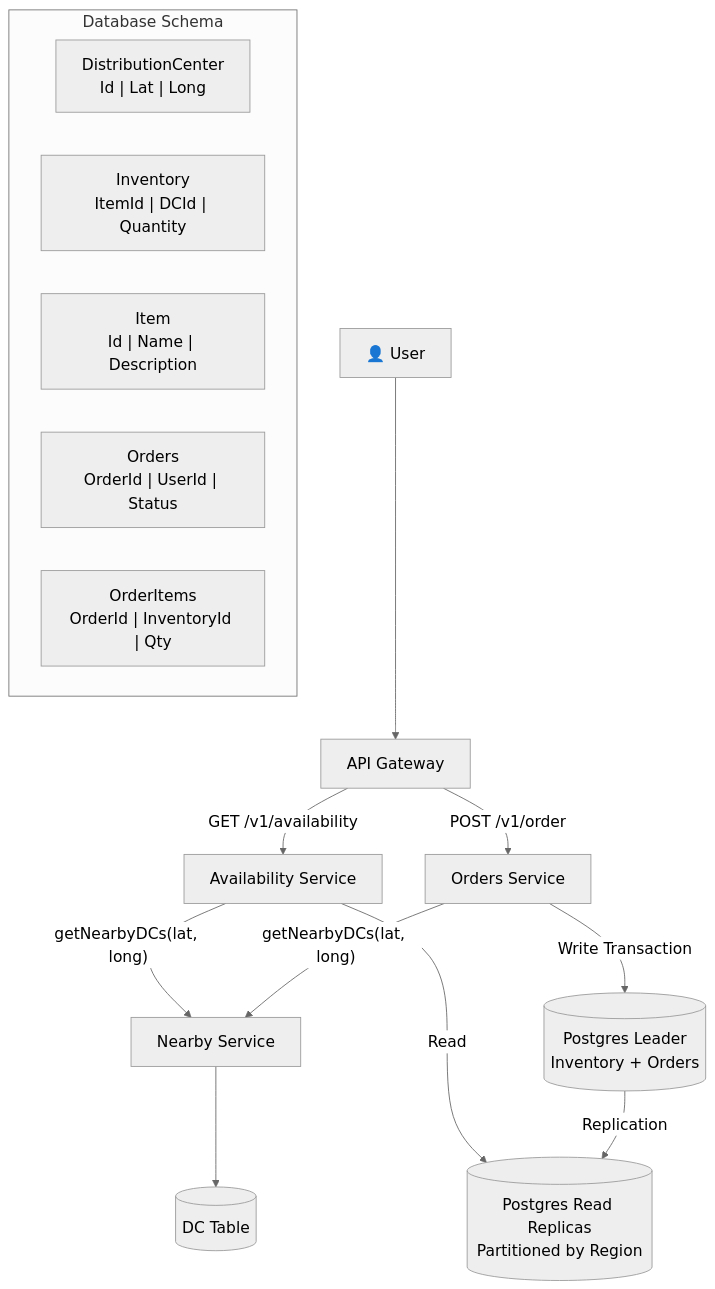
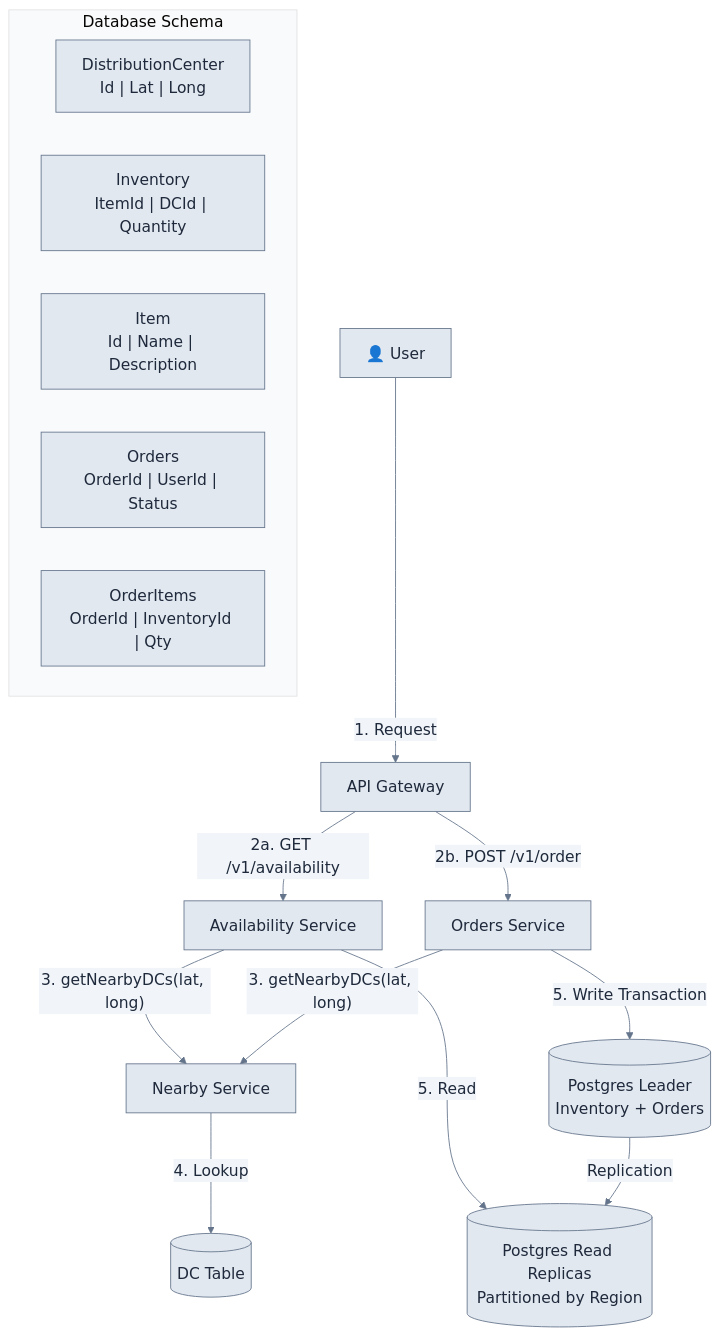
One commit to vipi-n/swe-101 changed the ninth of 14 diagrams in hld/localDeliveryService.md. Above: the diagram before and after it, drawn with Mermaid. The commit also changed other lines of this file, not shown here.

````diff
--- a/hld/localDeliveryService.md
+++ b/hld/localDeliveryService.md
@@ -397,27 +397,27 @@
 ```mermaid
-%%{init: {'theme': 'neutral', 'themeVariables': {'fontSize': '18px'}}}%%
+%%{init: {'theme': 'base', 'themeVariables': {'fontSize': '18px', 'primaryColor': '#e2e8f0', 'primaryTextColor': '#1e293b', 'primaryBorderColor': '#64748b', 'lineColor': '#64748b', 'secondaryColor': '#f1f5f9', 'tertiaryColor': '#f8fafc'}}}%%
 flowchart TB
-    User["👤 User"] --> GW["API Gateway"]
+    User["👤 User"] -->|"1. Request"| GW["API Gateway"]
     
-    GW -->|"GET /v1/availability"| AS["Availability Service"]
-    GW -->|"POST /v1/order"| OS["Orders Service"]
+    GW -->|"2a. GET /v1/availability"| AS["Availability Service"]
+    GW -->|"2b. POST /v1/order"| OS["Orders Service"]
     
-    AS -->|"getNearbyDCs(lat, long)"| NS["Nearby Service"]
-    OS -->|"getNearbyDCs(lat, long)"| NS
+    AS -->|"3. getNearbyDCs(lat, long)"| NS["Nearby Service"]
+    OS -->|"3. getNearbyDCs(lat, long)"| NS
     
-    NS --> DCTable[("DC Table")]
+    NS -->|"4. Lookup"| DCTable[("DC Table")]
     
-    AS -->|"Read"| Replicas[("Postgres Read Replicas<br/>Partitioned by Region")]
-    OS -->|"Write Transaction"| Leader[("Postgres Leader<br/>Inventory + Orders")]
+    AS -->|"5. Read"| Replicas[("Postgres Read Replicas<br/>Partitioned by Region")]
+    OS -->|"5. Write Transaction"| Leader[("Postgres Leader<br/>Inventory + Orders")]
     
     Leader -->|"Replication"| Replicas
     
     subgraph Database Schema
         direction LR
-        DC["DistributionCenter<br/>Id | Lat | Long"]
-        Inv["Inventory<br/>ItemId | DCId | Quantity"]
-        Item["Item<br/>Id | Name | Description"]
-        Ord["Orders<br/>OrderId | UserId | Status"]
-        OrdItems["OrderItems<br/>OrderId | InventoryId | Qty"]
+        DC["DistributionCenter<br/>Id #124; Lat #124; Long"]
+        Inv["Inventory<br/>ItemId #124; DCId #124; Quantity"]
+        Item["Item<br/>Id #124; Name #124; Description"]
+        Ord["Orders<br/>OrderId #124; UserId #124; Status"]
+        OrdItems["OrderItems<br/>OrderId #124; InventoryId #124; Qty"]
     end
 ```
````
